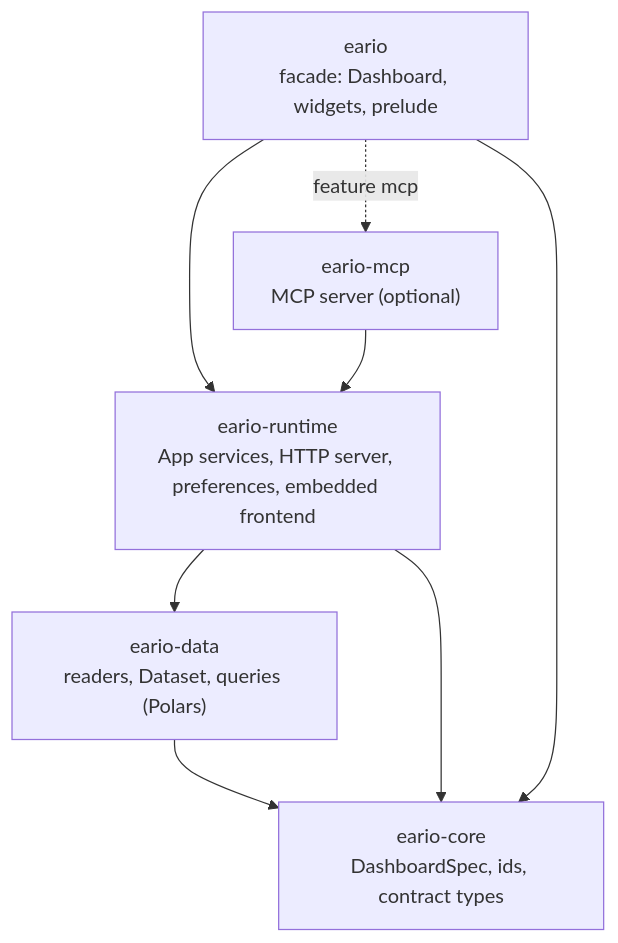
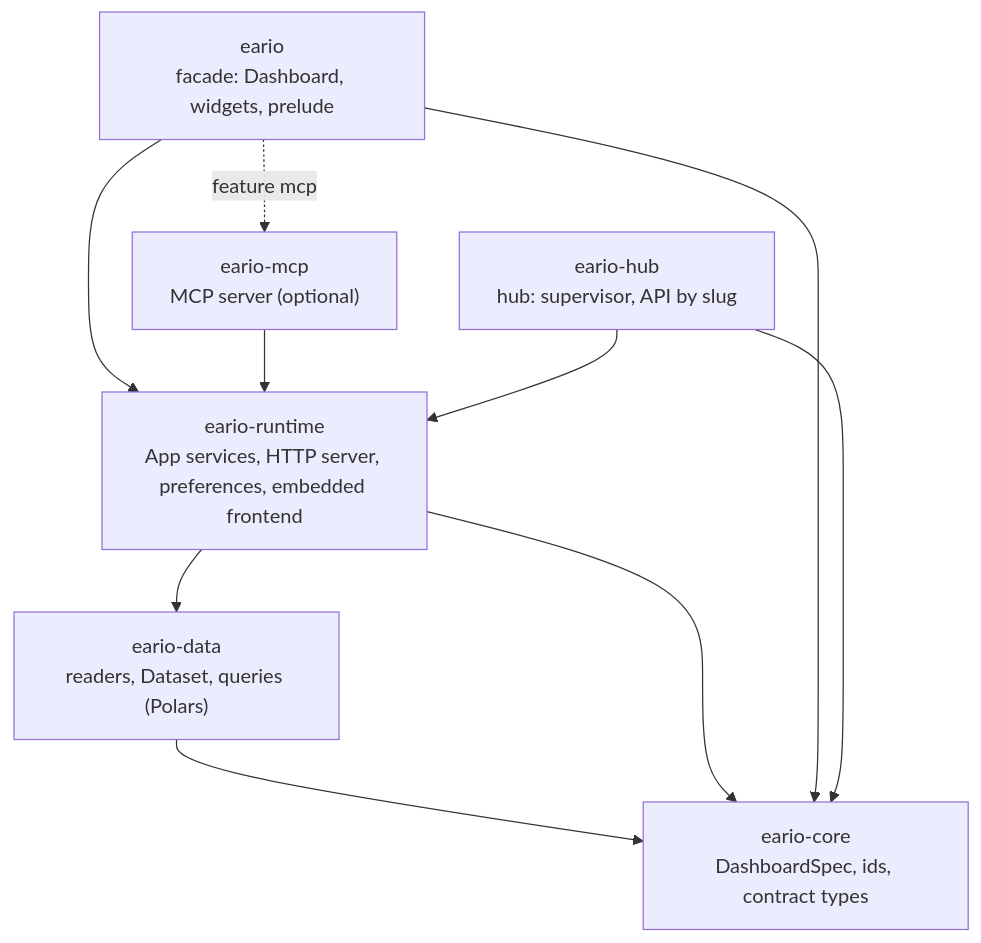
Before and after one commit to rtonneau/eario: the first of 3 diagrams in docs/architecture/overview.md, drawn with Mermaid. The commit also changed other lines of this file and 5 other files, not shown here.

````diff
--- a/docs/architecture/overview.md
+++ b/docs/architecture/overview.md
@@ -20,16 +20,19 @@
 ```mermaid
 flowchart TD
     eario["eario<br/>facade: Dashboard, widgets, prelude"]
+    hub["eario-hub<br/>hub: supervisor, API by slug"]
     mcp["eario-mcp<br/>MCP server (optional)"]
     runtime["eario-runtime<br/>App services, HTTP server, preferences, embedded frontend"]
     data["eario-data<br/>readers, Dataset, queries (Polars)"]
     core["eario-core<br/>DashboardSpec, ids, contract types"]
 
     eario --> runtime
     eario -.->|feature mcp| mcp
     mcp --> runtime
     runtime --> data
     data --> core
     runtime --> core
     eario --> core
+    hub --> runtime
+    hub --> core
 ```
````
